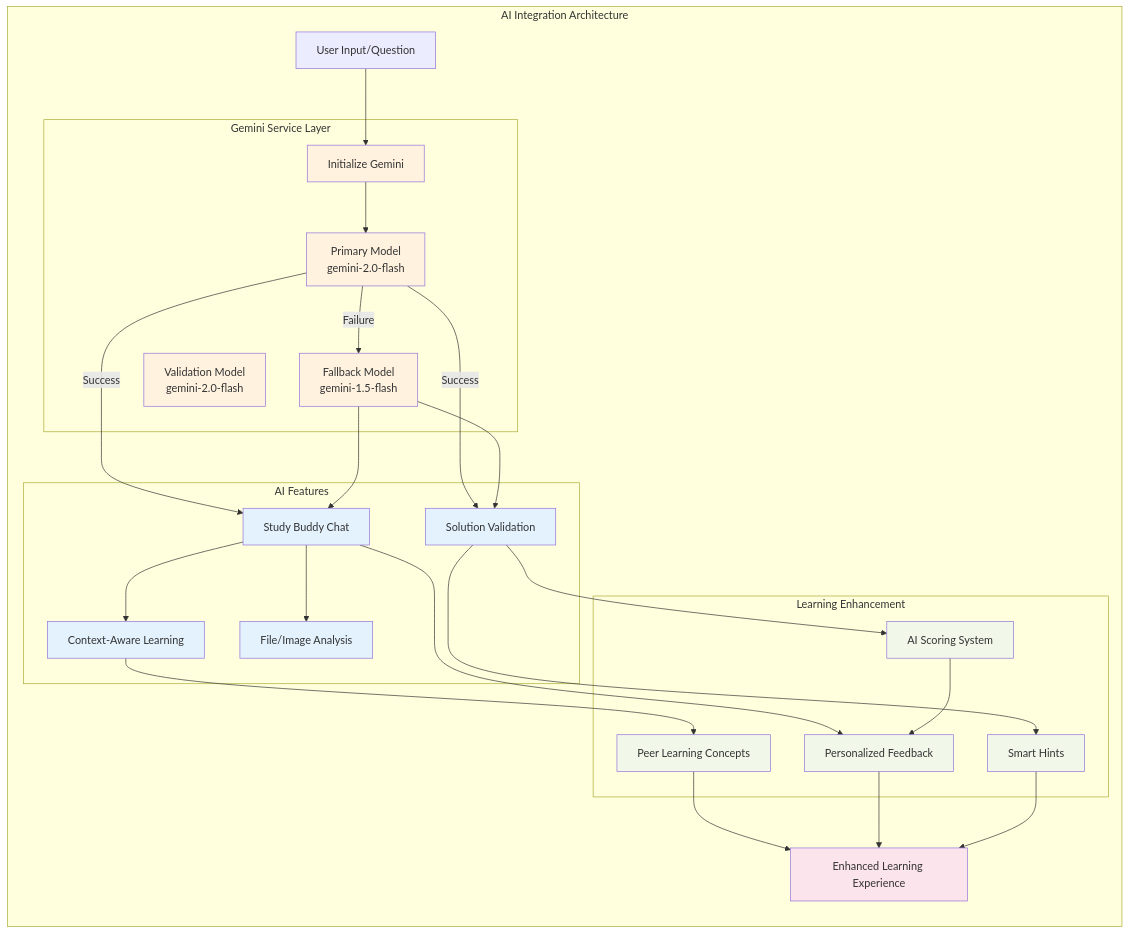
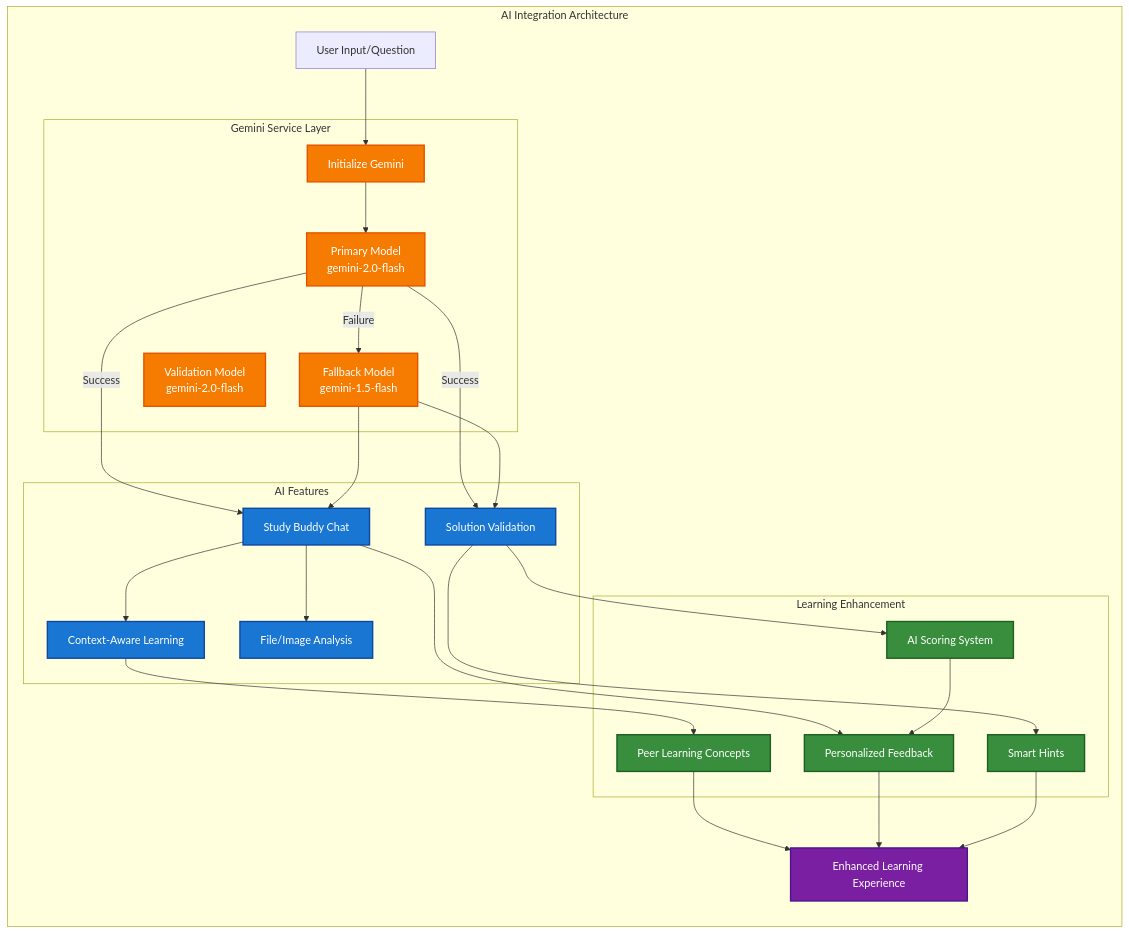
Before and after one commit to Asik-Ifthaker-Hamim/AI_Enhanced_Web_Platform_for_Visualizing_Root_Finding_Algorithms: the third of 4 diagrams in README.md, drawn with Mermaid. The commit also changed other lines of this file, not shown here.

````diff
--- a/README.md
+++ b/README.md
@@ -232,59 +238,59 @@
 ```mermaid
 graph LR
     subgraph "AI Integration Architecture"
         Input[User Input/Question]
         
         subgraph "Gemini Service Layer"
             Init[Initialize Gemini]
             Primary[Primary Model<br/>gemini-2.0-flash]
             Fallback[Fallback Model<br/>gemini-1.5-flash]
             Validation[Validation Model<br/>gemini-2.0-flash]
         end
         
         subgraph "AI Features"
             Chat[Study Buddy Chat]
             Validate[Solution Validation]
             Context[Context-Aware Learning]
             Multimodal[File/Image Analysis]
         end
         
         subgraph "Learning Enhancement"
             Feedback[Personalized Feedback]
             Hints[Smart Hints]
             Scoring[AI Scoring System]
             Peer[Peer Learning Concepts]
         end
         
         Output[Enhanced Learning Experience]
     end
     
     Input --> Init
     Init --> Primary
     Primary -->|Success| Chat
     Primary -->|Success| Validate
     Primary -->|Failure| Fallback
     Fallback --> Chat
     Fallback --> Validate
     
     Chat --> Context
     Chat --> Multimodal
     Validate --> Scoring
     Context --> Peer
     
     Chat --> Feedback
     Validate --> Hints
     Scoring --> Feedback
     Peer --> Output
     Feedback --> Output
     Hints --> Output
     
-    classDef ai fill:#fff3e0
-    classDef service fill:#e3f2fd
-    classDef feature fill:#f1f8e9
-    classDef output fill:#fce4ec
+    classDef ai fill:#f57c00,stroke:#e65100,stroke-width:2px,color:#ffffff
+    classDef service fill:#1976d2,stroke:#0d47a1,stroke-width:2px,color:#ffffff
+    classDef feature fill:#388e3c,stroke:#1b5e20,stroke-width:2px,color:#ffffff
+    classDef output fill:#7b1fa2,stroke:#4a148c,stroke-width:2px,color:#ffffff
     
     class Init,Primary,Fallback,Validation ai
     class Chat,Validate,Context,Multimodal service
     class Feedback,Hints,Scoring,Peer feature
     class Output output
 ```
````
